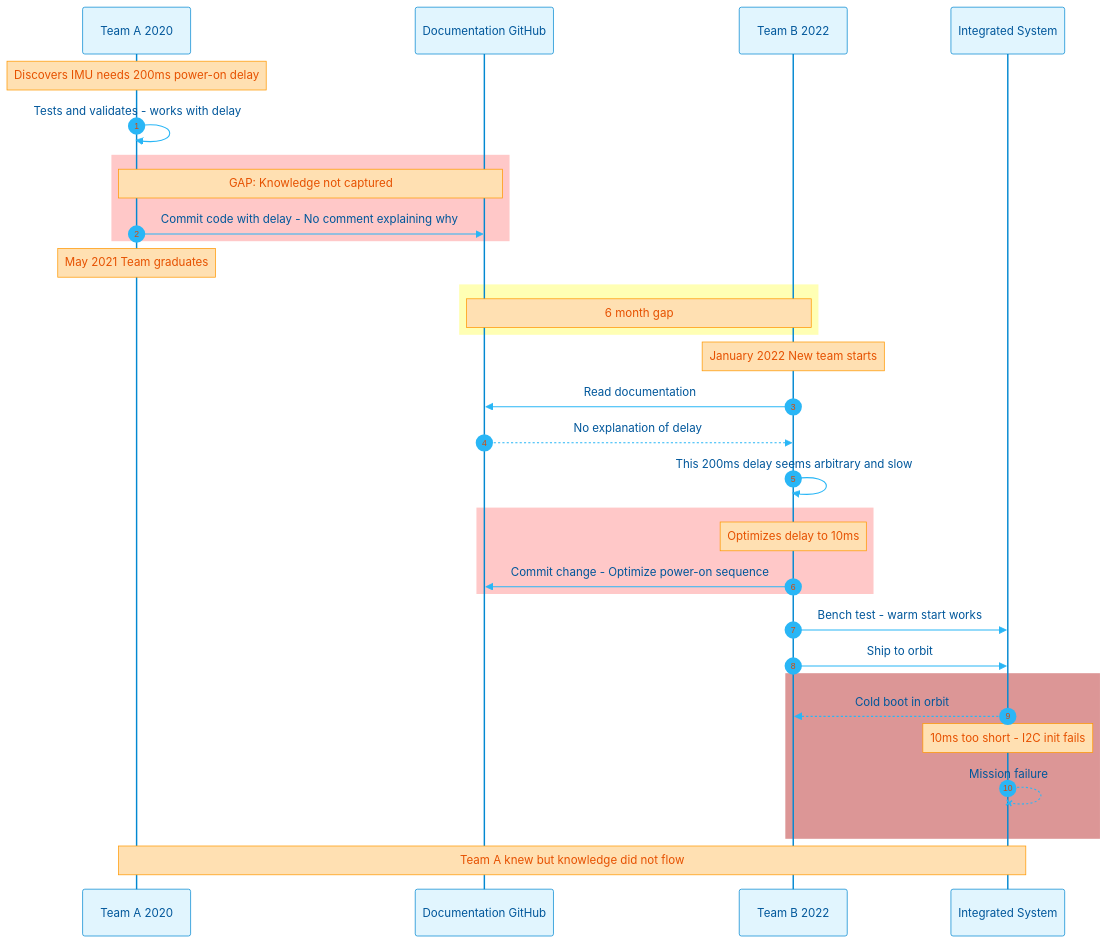
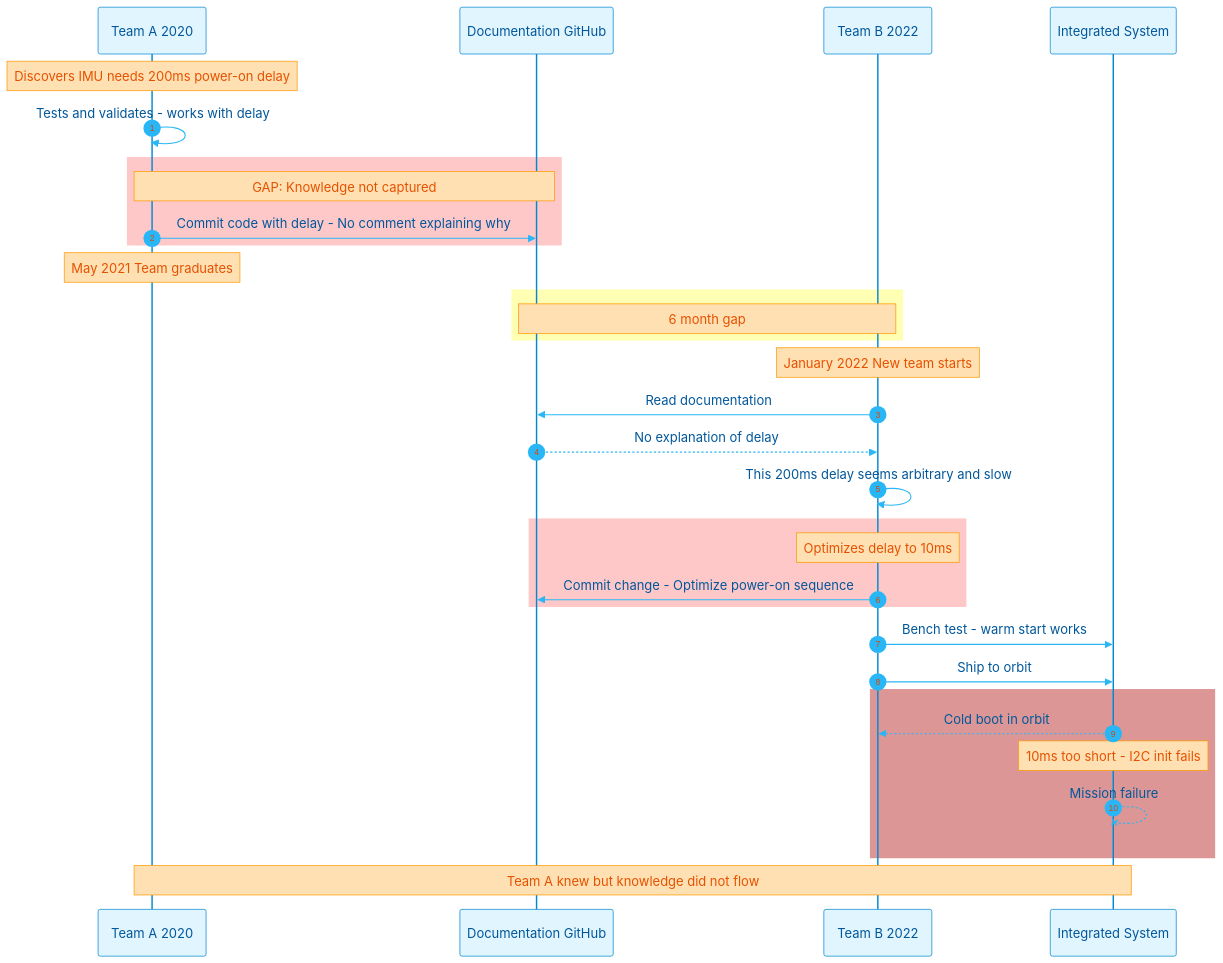
The sixth of 9 diagrams in docs/diagrams/team-boundaries.md (phantom-man/PROVES_LIBRARY), drawn with Mermaid before and after one commit. The commit also changed other lines of this file and 6 other files, not shown here.

First line of the commit message:
Fix font size by adding global fontSize config for flowcharts

```diff
--- a/docs/diagrams/team-boundaries.md
+++ b/docs/diagrams/team-boundaries.md
@@ -531,6 +536,7 @@
 ---
 config:
   theme: base
+  fontSize: 18
   themeVariables:
     primaryColor: '#E1F5FE'
     secondaryColor: '#FFF9C4'
```
